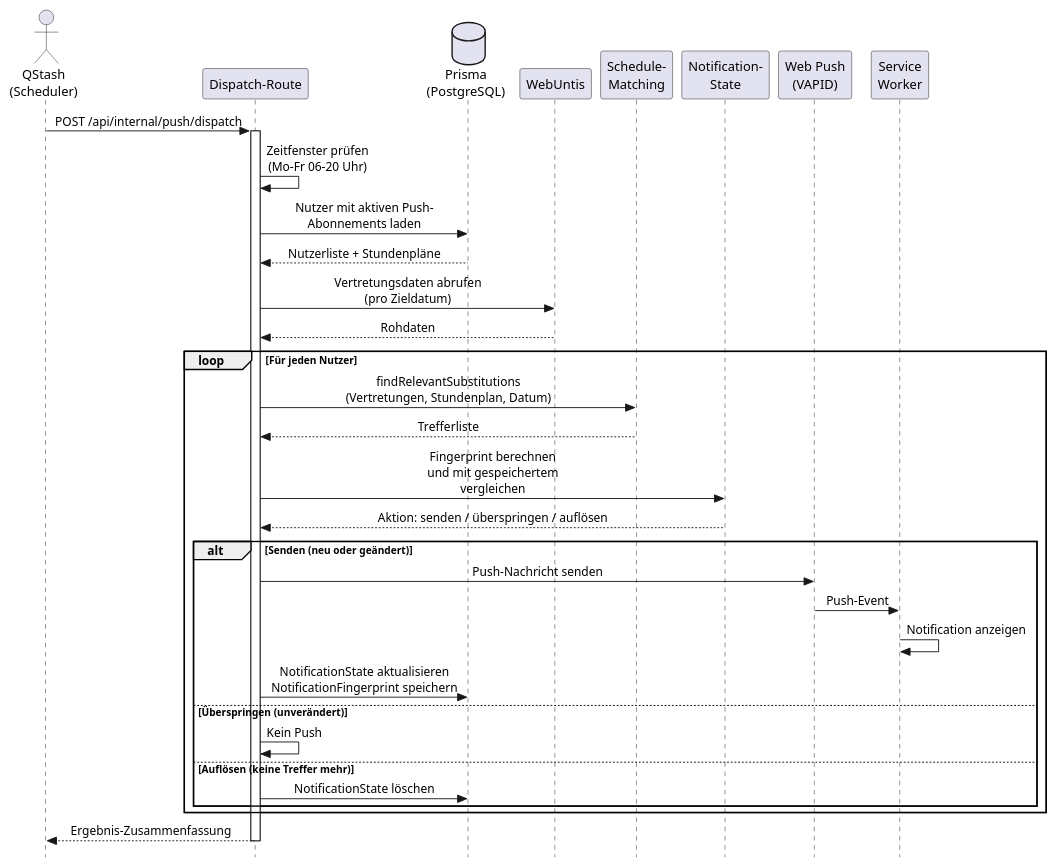
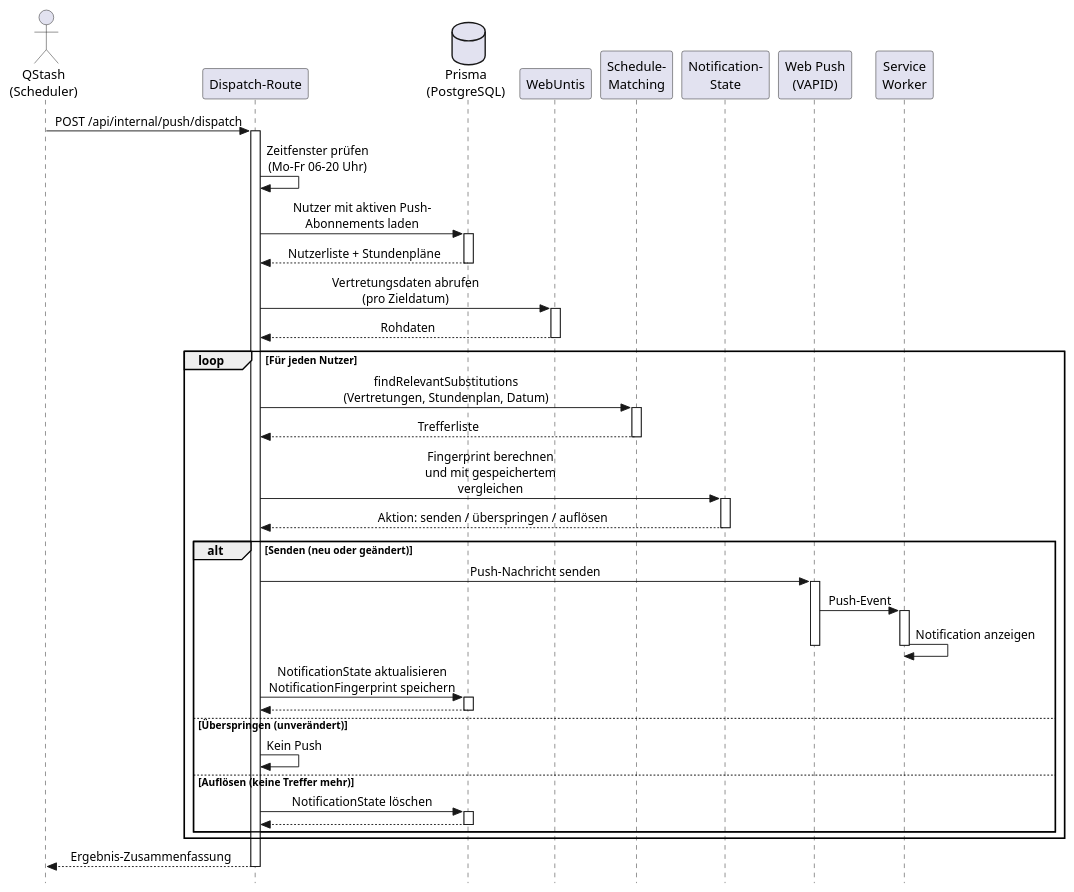
The diagram in docs/uml/sequence_push.puml (cancel-cloud/fds-vertretungsplan), drawn with PlantUML before and after one commit. The commit also changed 21 other files, not shown here.

```diff
--- a/docs/uml/sequence_push.puml
+++ b/docs/uml/sequence_push.puml
@@ -1,46 +1,67 @@
 @startuml
 skinparam style strictuml
 skinparam sequenceMessageAlign center
 
 actor "QStash\n(Scheduler)" as QS
 participant "Dispatch-Route" as DR
 database "Prisma\n(PostgreSQL)" as DB
 participant "WebUntis" as WU
 participant "Schedule-\nMatching" as SM
 participant "Notification-\nState" as NS
 participant "Web Push\n(VAPID)" as WP
 participant "Service\nWorker" as SW
 
 QS -> DR : POST /api/internal/push/dispatch
 activate DR
 
 DR -> DR : Zeitfenster prüfen\n(Mo–Fr 06–20 Uhr)
+
 DR -> DB : Nutzer mit aktiven Push-\nAbonnements laden
+activate DB
 DB --> DR : Nutzerliste + Stundenpläne
+deactivate DB
 
 DR -> WU : Vertretungsdaten abrufen\n(pro Zieldatum)
+activate WU
 WU --> DR : Rohdaten
+deactivate WU
 
 loop Für jeden Nutzer
     DR -> SM : findRelevantSubstitutions\n(Vertretungen, Stundenplan, Datum)
+    activate SM
     SM --> DR : Trefferliste
+    deactivate SM
 
     DR -> NS : Fingerprint berechnen\nund mit gespeichertem\nvergleichen
+    activate NS
     NS --> DR : Aktion: senden / überspringen / auflösen
+    deactivate NS
 
     alt Senden (neu oder geändert)
         DR -> WP : Push-Nachricht senden
+        activate WP
         WP -> SW : Push-Event
+        activate SW
         SW -> SW : Notification anzeigen
+        deactivate SW
+        deactivate WP
+
         DR -> DB : NotificationState aktualisieren\nNotificationFingerprint speichern
+        activate DB
+        DB --> DR
+        deactivate DB
+
     else Überspringen (unverändert)
         DR -> DR : Kein Push
+
     else Auflösen (keine Treffer mehr)
         DR -> DB : NotificationState löschen
+        activate DB
+        DB --> DR
+        deactivate DB
     end
 end
 
 DR --> QS : Ergebnis-Zusammenfassung
-
 deactivate DR
 @enduml
```
